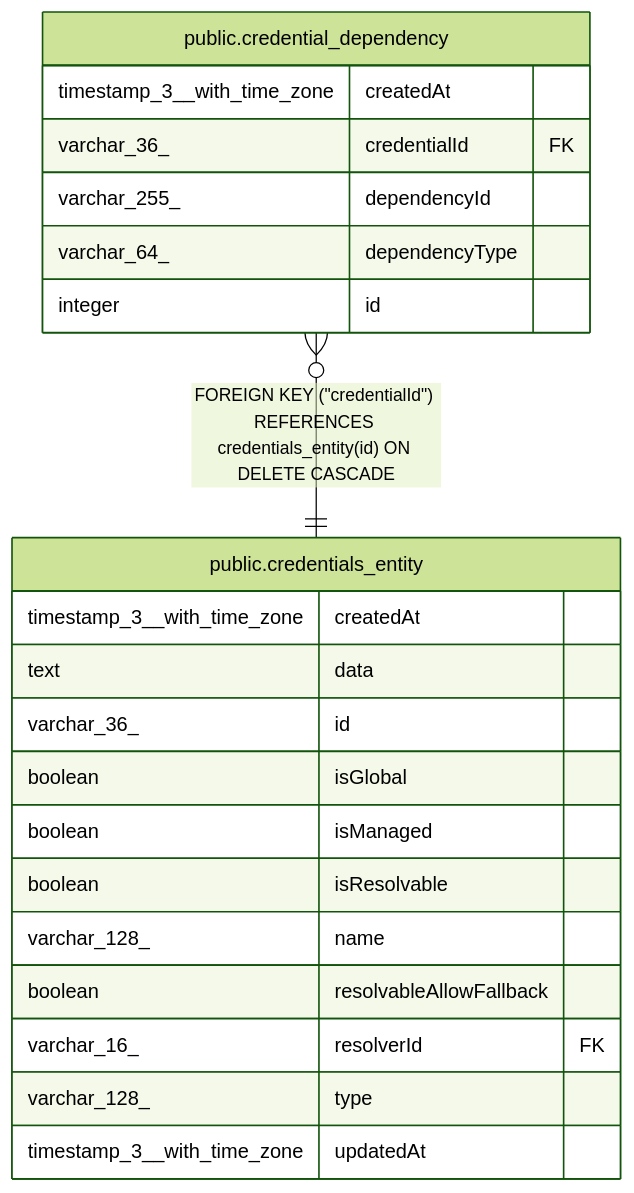
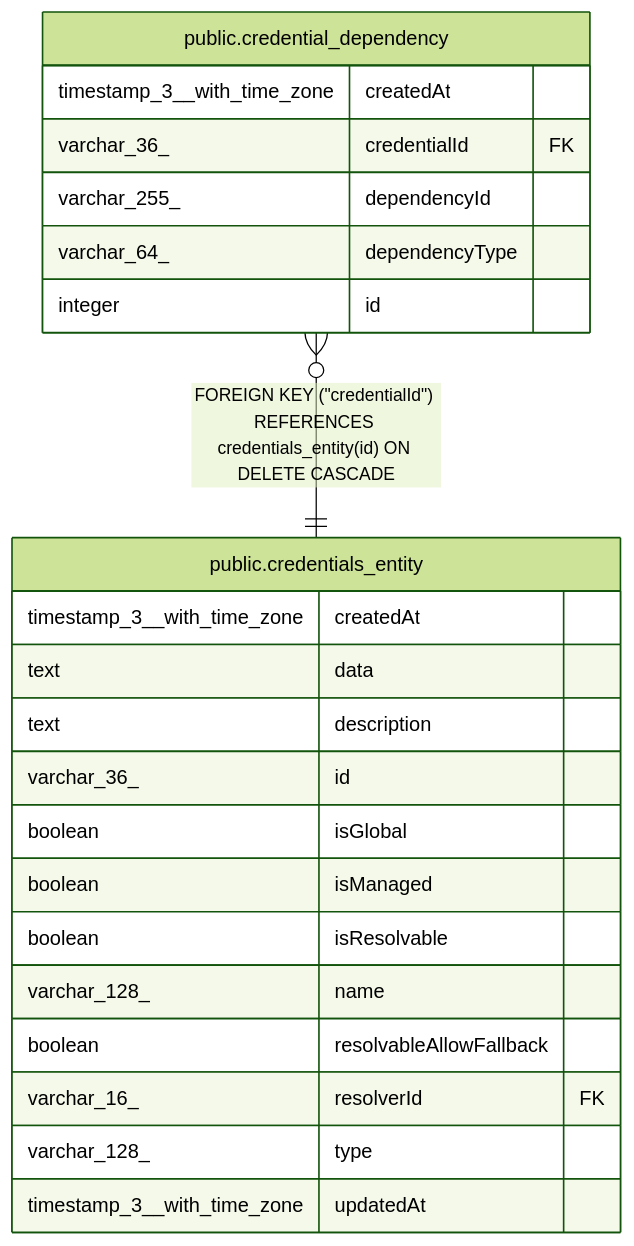
The diagram in docs/generated/postgres-schema/public.credential_dependency.md (mayankjain1815-commits/n8n), drawn with Mermaid (forest theme) before and after one commit. The commit also changed 41 other files, not shown here.

````diff
--- a/docs/generated/postgres-schema/public.credential_dependency.md
+++ b/docs/generated/postgres-schema/public.credential_dependency.md
@@ -36,26 +36,27 @@
 ```mermaid
 erDiagram
 
 "public.credential_dependency" }o--|| "public.credentials_entity" : "FOREIGN KEY (#quot;credentialId#quot;) REFERENCES credentials_entity(id) ON DELETE CASCADE"
 
 "public.credential_dependency" {
   timestamp_3__with_time_zone createdAt
   varchar_36_ credentialId FK
   varchar_255_ dependencyId
   varchar_64_ dependencyType
   integer id
 }
 "public.credentials_entity" {
   timestamp_3__with_time_zone createdAt
   text data
+  text description
   varchar_36_ id
   boolean isGlobal
   boolean isManaged
   boolean isResolvable
   varchar_128_ name
   boolean resolvableAllowFallback
   varchar_16_ resolverId FK
   varchar_128_ type
   timestamp_3__with_time_zone updatedAt
 }
 ```
````
